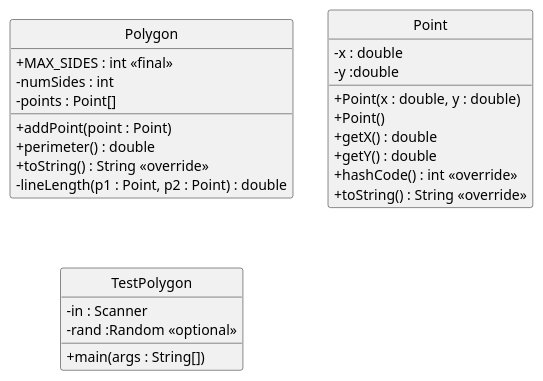
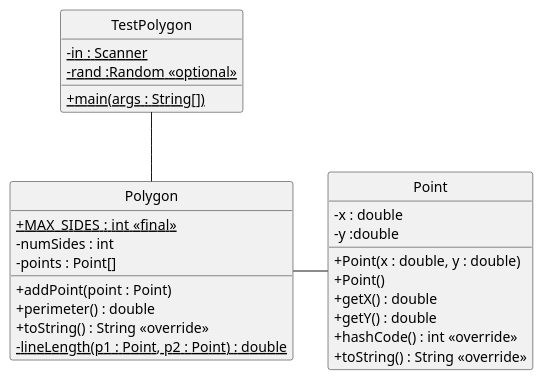
The diagram in P04/full_credit/Polygon.puml (matinashresthaaa/MavTutor), drawn with PlantUML before and after one commit.

Commit message:
association

```diff
--- a/P04/full_credit/Polygon.puml
+++ b/P04/full_credit/Polygon.puml
@@ -1,34 +1,37 @@
 @startuml
 set separator none
 skinparam classAttributeIconSize 0
 hide circle
 
 class Polygon{
-    +MAX_SIDES : int <<final>>
+    {static} +MAX_SIDES :  int <<final>>
     -numSides : int
     -points : Point[]
     +addPoint(point : Point)
     +perimeter() : double
     +toString() : String <<override>>
-    -lineLength(p1 : Point, p2 : Point) : double
+    {static} -lineLength(p1 : Point, p2 : Point) : double
 }
 
 class Point{
     -x : double
     -y :double
     +Point(x : double, y : double)
     +Point()
     +getX() : double
     +getY() : double
     +hashCode() : int <<override>>
     +toString() : String <<override>>
 }
 
 class TestPolygon{
-    -in : Scanner
-    -rand :Random <<optional>>
-    +main(args : String[])
+   {static} -in : Scanner
+   {static} -rand :Random <<optional>>
+   {static}+main(args : String[])
 }
+
+Polygon - Point
+TestPolygon -- Polygon
 
 
 @enduml
```
